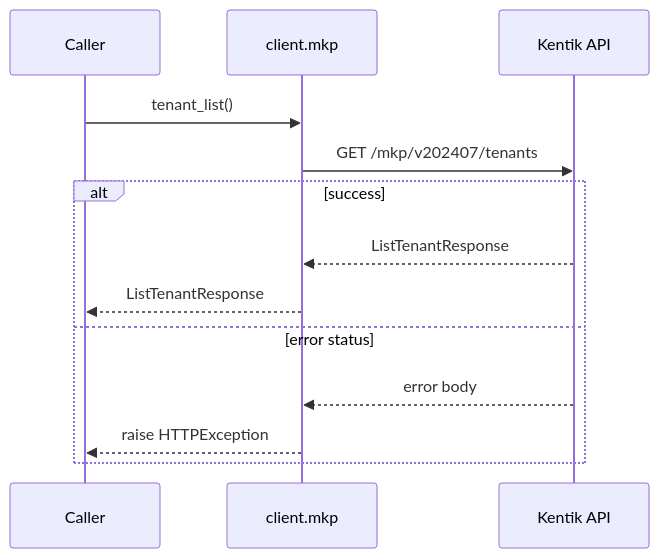
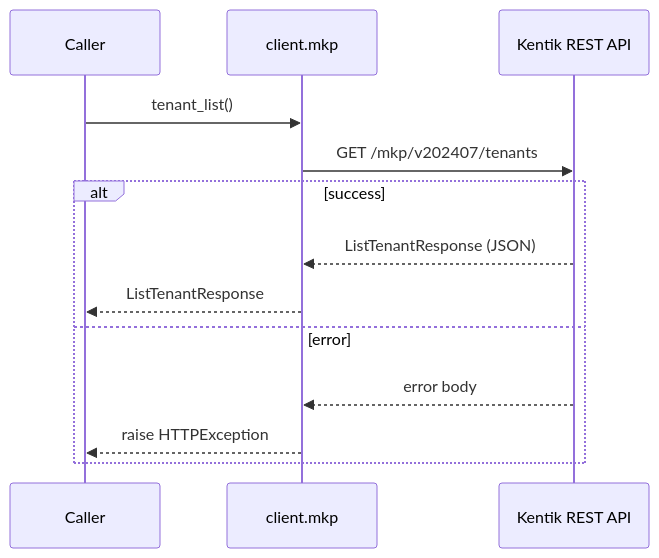
Before and after one commit to alexdearaujo/community_sdk_python: diagram 12 of 30 in docs/sphinx/services/mkp.md, drawn with Mermaid. The commit also changed other lines of this file and 61 other files, not shown here.

````diff
--- a/docs/sphinx/services/mkp.md
+++ b/docs/sphinx/services/mkp.md
@@ -279,16 +406,16 @@
 ```mermaid
 sequenceDiagram
     participant C as Caller
     participant W as client.mkp
-    participant API as Kentik API
+    participant API as Kentik REST API
 
     C->>W: tenant_list()
     W->>API: GET /mkp/v202407/tenants
     alt success
-        API-->>W: ListTenantResponse
+        API-->>W: ListTenantResponse (JSON)
         W-->>C: ListTenantResponse
-    else error status
+    else error
         API-->>W: error body
         W-->>C: raise HTTPException
     end
 ```
````
